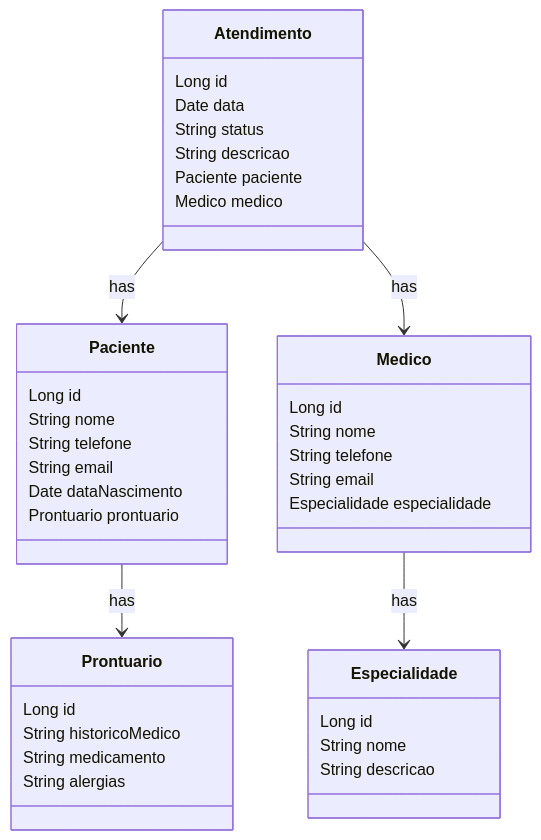
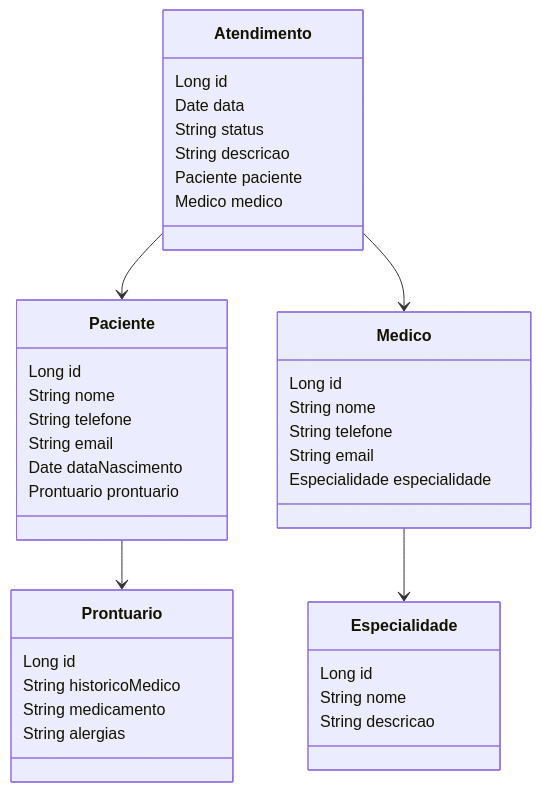
One commit to DanyelZini/Projeto-agendamento-medico changed the diagram in README.md. Above: the diagram before and after it, drawn with Mermaid. The commit also changed other lines of this file, not shown here.

````diff
--- a/README.md
+++ b/README.md
@@ -13,42 +13,42 @@
 ```mermaid
 classDiagram
     class Paciente {
         Long id
         String nome
         String telefone
         String email
         Date dataNascimento
         Prontuario prontuario
     }
     class Prontuario {
         Long id
         String historicoMedico
         String medicamento
         String alergias
     }
     class Medico {
         Long id
         String nome
         String telefone
         String email
         Especialidade especialidade
     }
     class Especialidade {
         Long id
         String nome
         String descricao
     }
     class Atendimento {
         Long id
         Date data
         String status
         String descricao
         Paciente paciente
         Medico medico
     }
 
-    Paciente --> Prontuario : has
-    Medico --> Especialidade : has
-    Atendimento --> Paciente : has
-    Atendimento --> Medico : has
+    Paciente --> Prontuario
+    Medico --> Especialidade
+    Atendimento --> Paciente
+    Atendimento --> Medico
 ```
````
